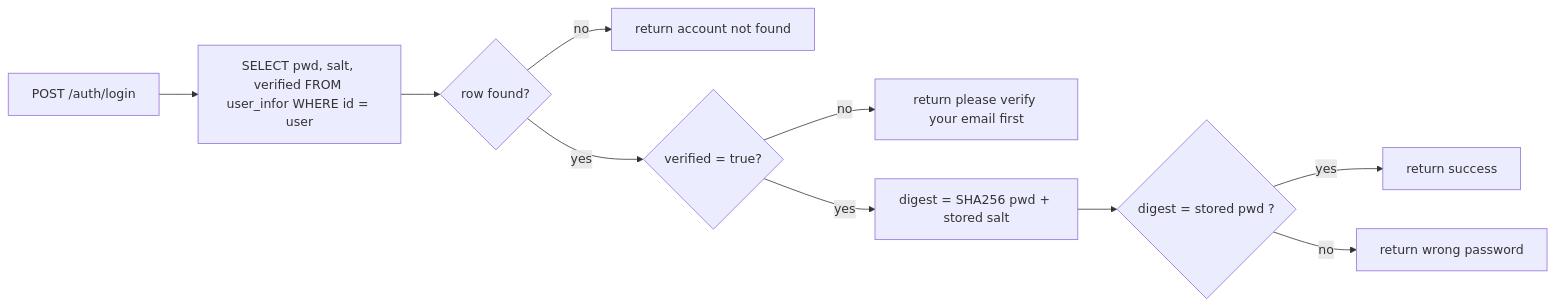
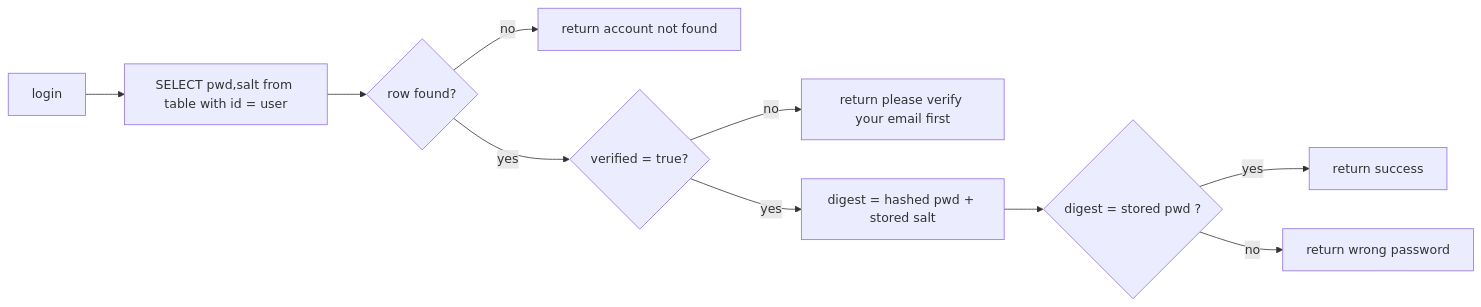
The fourth of 21 diagrams in descriptions/a.md (Azusalina/sba-proj), drawn with Mermaid before and after one commit. The commit also changed other lines of this file, not shown here.

````diff
--- a/descriptions/a.md
+++ b/descriptions/a.md
@@ -141,12 +136,12 @@
 ```mermaid
 flowchart LR
-    A[POST /auth/login] --> B[SELECT pwd, salt, verified FROM user_infor WHERE id = user]
+    A[login] --> B[SELECT pwd,salt from table with id = user]
     B --> C{row found?}
     C -- no --> Z[return account not found]
     C -- yes --> D{verified = true?}
     D -- no --> Y[return please verify your email first]
-    D -- yes --> E["digest = SHA256 pwd + stored salt"]
+    D -- yes --> E["digest = hashed pwd + stored salt"]
     E --> F{"digest = stored pwd ?"}
     F -- yes --> G[return success]
     F -- no --> H[return wrong password]
 ```
````
